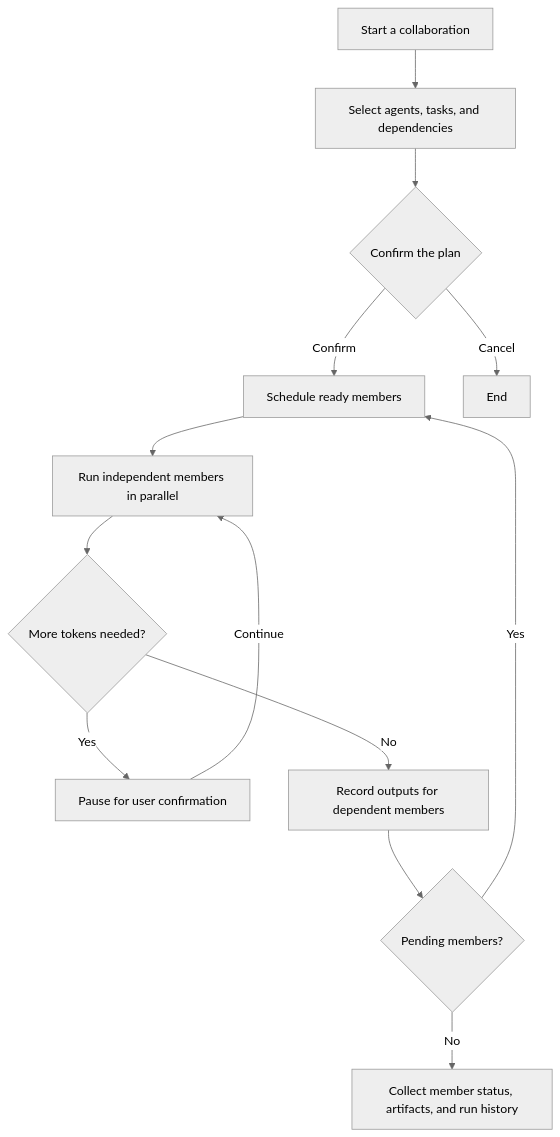
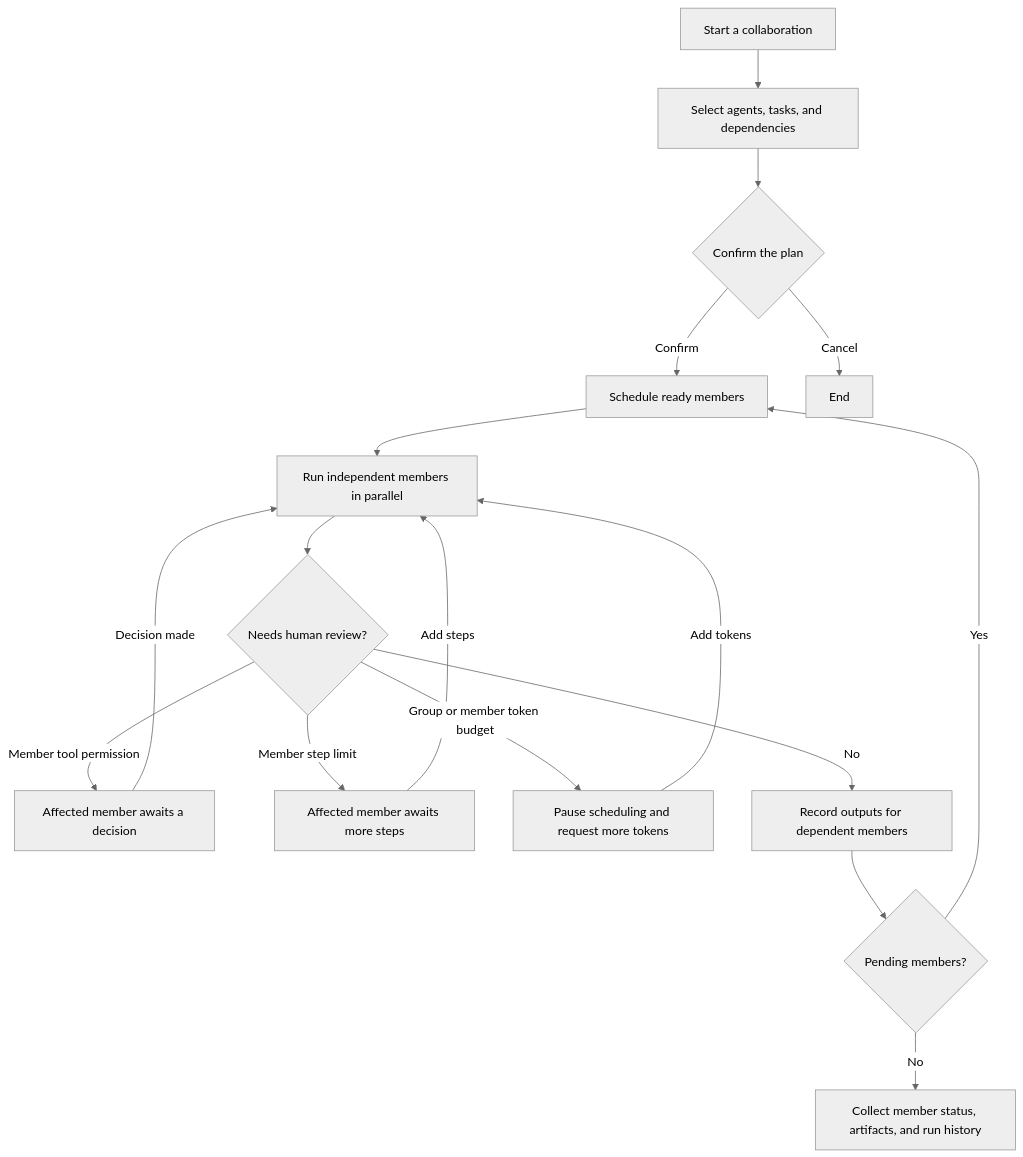
Before and after one commit to KiriAky107/OpenNexus: the third of 5 diagrams in README.md, drawn with Mermaid (neutral theme). The commit also changed other lines of this file and 1 other file, not shown here.

````diff
--- a/README.md
+++ b/README.md
@@ -152,16 +152,20 @@
 ```mermaid
 flowchart TD
     A["Start a collaboration"] --> B["Select agents, tasks, and dependencies"]
     B --> C{"Confirm the plan"}
     C -- Confirm --> D["Schedule ready members"]
     C -- Cancel --> X["End"]
     D --> E["Run independent members in parallel"]
-    E --> F{"More tokens needed?"}
-    F -- Yes --> G["Pause for user confirmation"]
-    G -- Continue --> E
-    F -- No --> H["Record outputs for dependent members"]
-    H --> I{"Pending members?"}
-    I -- Yes --> D
-    I -- No --> J["Collect member status, artifacts, and run history"]
+    E --> F{"Needs human review?"}
+    F -- Member tool permission --> G["Affected member awaits a decision"]
+    F -- Member step limit --> H["Affected member awaits more steps"]
+    F -- Group or member token budget --> I["Pause scheduling and request more tokens"]
+    G -- Decision made --> E
+    H -- Add steps --> E
+    I -- Add tokens --> E
+    F -- No --> J["Record outputs for dependent members"]
+    J --> K{"Pending members?"}
+    K -- Yes --> D
+    K -- No --> L["Collect member status, artifacts, and run history"]
 
 ```
````
